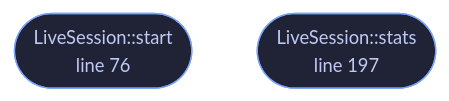
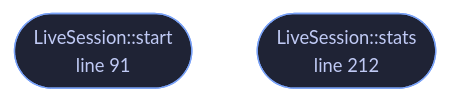
The diagram in wiki/File-veilvoice-audio-live.md (tilas01/veilvoice), drawn with Mermaid before and after one commit. The commit also changed other lines of this file and 487 other files, not shown here.

````diff
--- a/wiki/File-veilvoice-audio-live.md
+++ b/wiki/File-veilvoice-audio-live.md
@@ -68,10 +84,10 @@
 ```mermaid
 %%{init: {"theme":"base","themeVariables":{"background":"#1a1b26","primaryColor":"#1f2335","primaryTextColor":"#c0caf5","primaryBorderColor":"#7aa2f7","secondaryColor":"#16161e","tertiaryColor":"#16161e","lineColor":"#737aa2","textColor":"#c0caf5","mainBkg":"#1f2335","nodeBorder":"#7aa2f7","clusterBkg":"#16161e","clusterBorder":"#2f3549","fontFamily":"ui-monospace, SFMono-Regular, Consolas, monospace","fontSize":"14px"}}}%%
 flowchart TD
-    n_start(["LiveSession::start<br/>line 76"])
-    n_stats(["LiveSession::stats<br/>line 197"])
-    click n_start href "https://github.com/tilas01/veilvoice/blob/main/crates/veilvoice-audio/src/live.rs#L76" "open the source"
-    click n_stats href "https://github.com/tilas01/veilvoice/blob/main/crates/veilvoice-audio/src/live.rs#L197" "open the source"
+    n_start(["LiveSession::start<br/>line 91"])
+    n_stats(["LiveSession::stats<br/>line 212"])
+    click n_start href "https://github.com/tilas01/veilvoice/blob/main/crates/veilvoice-audio/src/live.rs#L91" "open the source"
+    click n_stats href "https://github.com/tilas01/veilvoice/blob/main/crates/veilvoice-audio/src/live.rs#L212" "open the source"
     classDef entry fill:#1f2335,stroke:#7aa2f7,color:#c0caf5
     class n_start,n_stats entry
 ```
````
